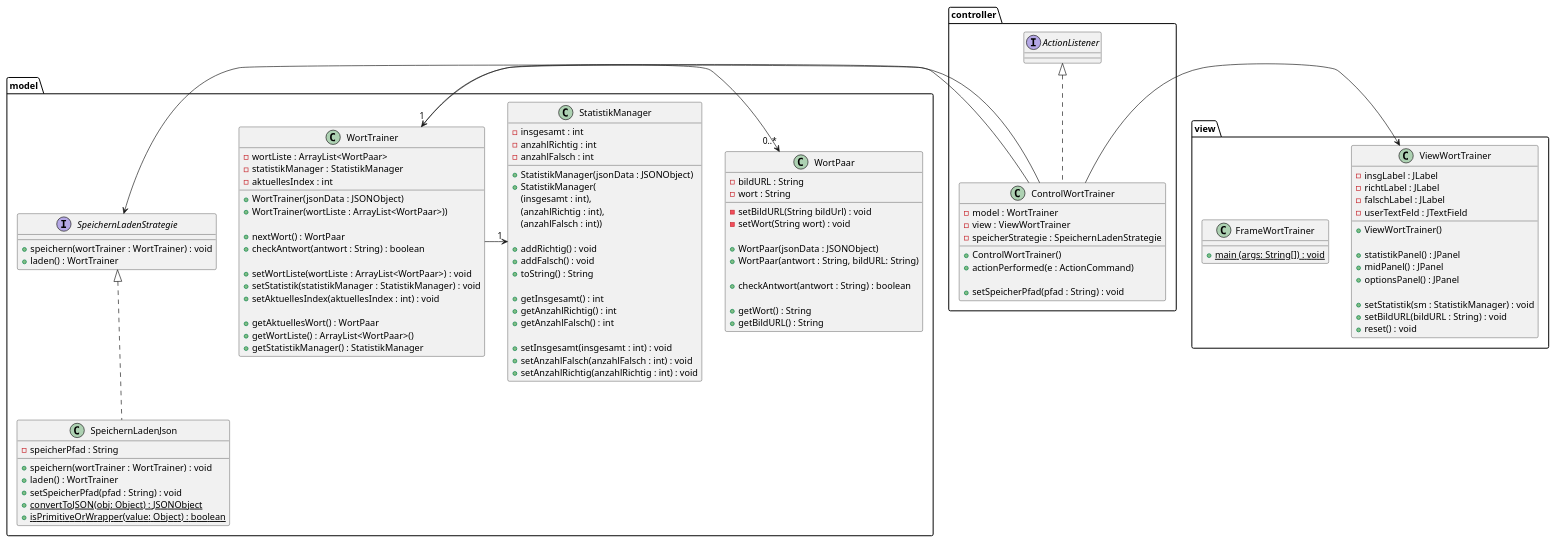
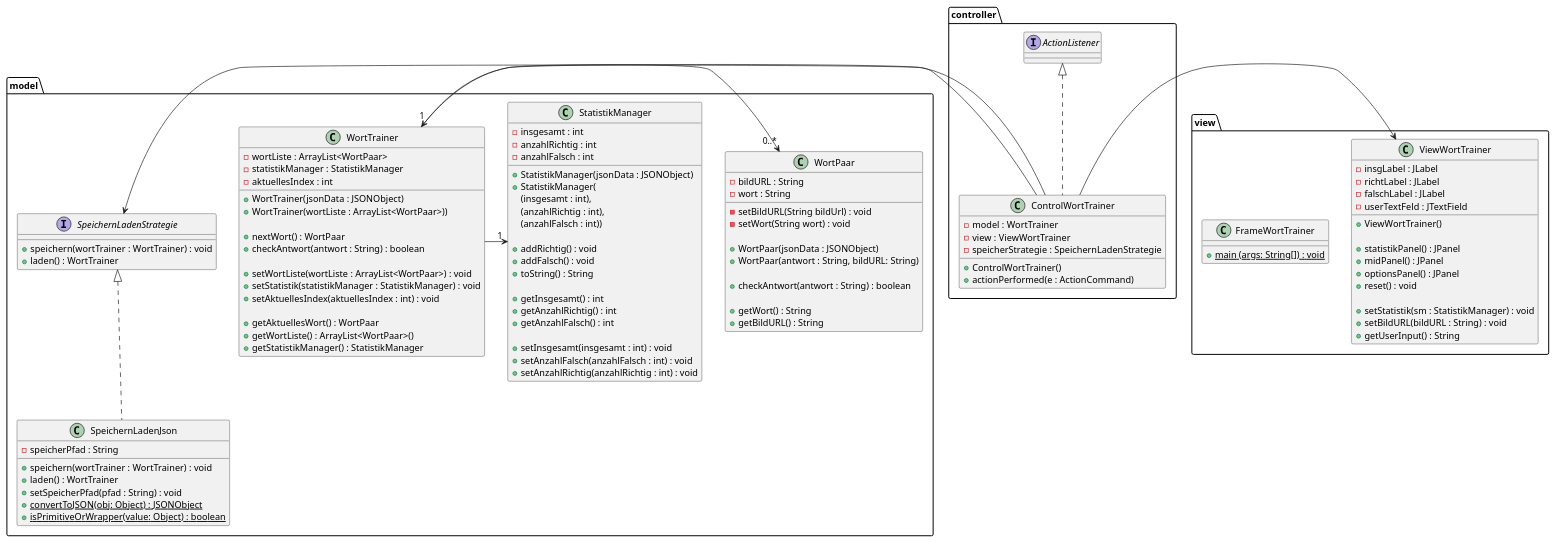
Before and after one commit to TGM-HIT/sew9-2425-worttrainer-aaabdulkarim: the diagram in Worttrainer_UML.puml, drawn with PlantUML. The commit also changed 3 other files, not shown here.

```diff
--- a/Worttrainer_UML.puml
+++ b/Worttrainer_UML.puml
@@ -1,130 +1,131 @@
 @startuml
 'https://plantuml.com/class-diagram
 
 package model {
 
     class WortPaar {
         - bildURL : String
         - wort : String
 
         - setBildURL(String bildUrl) : void
         - setWort(String wort) : void
 
         + WortPaar(jsonData : JSONObject)
         + WortPaar(antwort : String, bildURL: String)
 
         + checkAntwort(antwort : String) : boolean
 
         + getWort() : String
         + getBildURL() : String
 
     }
 
     class WortTrainer {
         - wortListe : ArrayList<WortPaar>
         - statistikManager : StatistikManager
         - aktuellesIndex : int
 
         + WortTrainer(jsonData : JSONObject)
         + WortTrainer(wortListe : ArrayList<WortPaar>))
 
         + nextWort() : WortPaar
         + checkAntwort(antwort : String) : boolean
 
         + setWortListe(wortListe : ArrayList<WortPaar>) : void
         + setStatistik(statistikManager : StatistikManager) : void
         + setAktuellesIndex(aktuellesIndex : int) : void
 
         + getAktuellesWort() : WortPaar
         + getWortListe() : ArrayList<WortPaar>()
         + getStatistikManager() : StatistikManager
 
     }
 
     class StatistikManager {
         - insgesamt : int
         - anzahlRichtig : int
         - anzahlFalsch : int
 
         + StatistikManager(jsonData : JSONObject)
         + StatistikManager(
         (insgesamt : int),
         (anzahlRichtig : int),
         (anzahlFalsch : int))
 
         + addRichtig() : void
         + addFalsch() : void
         + toString() : String
 
         + getInsgesamt() : int
         + getAnzahlRichtig() : int
         + getAnzahlFalsch() : int
 
         + setInsgesamt(insgesamt : int) : void
         + setAnzahlFalsch(anzahlFalsch : int) : void
         + setAnzahlRichtig(anzahlRichtig : int) : void
     }
 
     interface SpeichernLadenStrategie{
         + speichern(wortTrainer : WortTrainer) : void
         + laden() : WortTrainer
     }
 
     class SpeichernLadenJson implements SpeichernLadenStrategie{
         - speicherPfad : String
         + speichern(wortTrainer : WortTrainer) : void
         + laden() : WortTrainer
         + setSpeicherPfad(pfad : String) : void
         + {static} convertToJSON(obj: Object) : JSONObject
         + {static} isPrimitiveOrWrapper(value: Object) : boolean
     }
 }
 
 
 package view {
     class FrameWortTrainer{
         + {static} main (args: String[]) : void
     }
 
     class ViewWortTrainer {
         - insgLabel : JLabel
         - richtLabel : JLabel
         - falschLabel : JLabel
         - userTextFeld : JTextField
         + ViewWortTrainer()
 
         + statistikPanel() : JPanel
         + midPanel() : JPanel
         + optionsPanel() : JPanel
+        + reset() : void
 
         + setStatistik(sm : StatistikManager) : void
         + setBildURL(bildURL : String) : void
-        + reset() : void
+        + getUserInput() : String
+
+
     }
 }
 
 package controller {
     class ControlWortTrainer implements ActionListener{
         - model : WortTrainer
         - view : ViewWortTrainer
         - speicherStrategie : SpeichernLadenStrategie
 
         + ControlWortTrainer()
         + actionPerformed(e : ActionCommand)
-
-        + setSpeicherPfad(pfad : String) : void
         
     }
 }
 
 
 WortTrainer "1" -> "0..*" WortPaar
 WortTrainer -> "1" StatistikManager
 
 /' MVC Struktur'/
 ControlWortTrainer -> WortTrainer
 ControlWortTrainer -> ViewWortTrainer
 ControlWortTrainer -> SpeichernLadenStrategie
 
 
 @enduml
```
